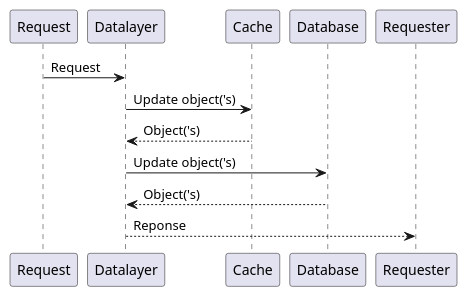
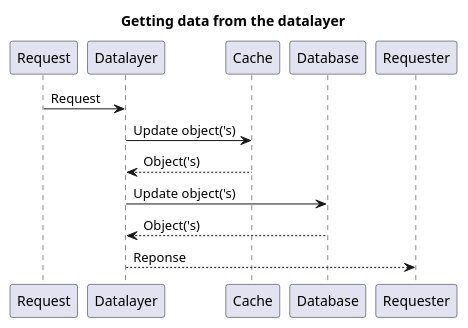
One commit to CommonGateway/CoreBundle changed the diagram in docs/features/datalayer_get.puml. Above: the diagram before and after it, drawn with PlantUML. The commit also changed 4 other files, not shown here.

```diff
--- a/docs/features/datalayer_get.puml
+++ b/docs/features/datalayer_get.puml
@@ -1,8 +1,9 @@
 @startuml
+title: Getting data from the datalayer
 Request -> Datalayer: Request
 Datalayer-> Cache: Update object('s)
 Cache--> Datalayer: Object('s)
 Datalayer-> Database : Update object('s)
 Database --> Datalayer: Object('s)
 Datalayer--> Requester: Reponse
 @enduml
```
